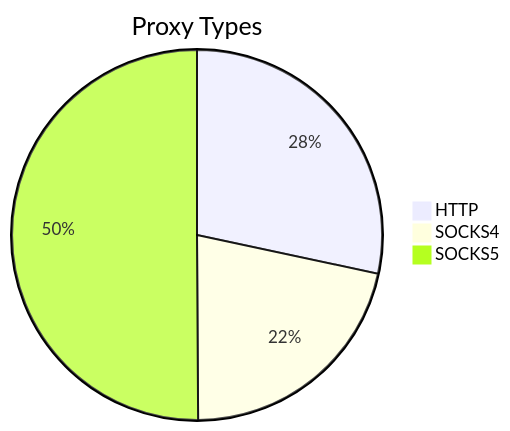
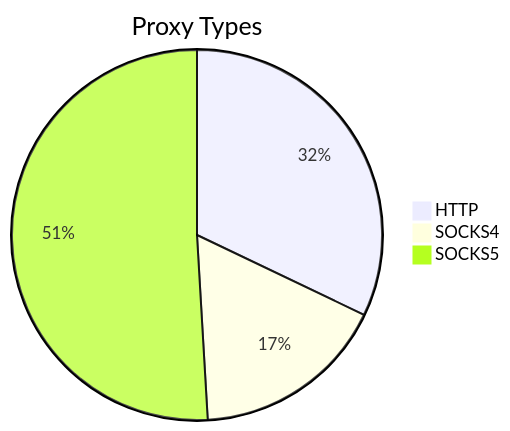
Before and after one commit to stormsia/proxy-list: the first of 2 diagrams in README.md, drawn with Mermaid. The commit also changed other lines of this file, not shown here.

````diff
--- a/README.md
+++ b/README.md
@@ -21,6 +21,6 @@
 ```mermaid
 pie title Proxy Types
-    "HTTP" : 146
-    "SOCKS4" : 111
-    "SOCKS5" : 258
+    "HTTP" : 104
+    "SOCKS4" : 55
+    "SOCKS5" : 165
 ```
````
